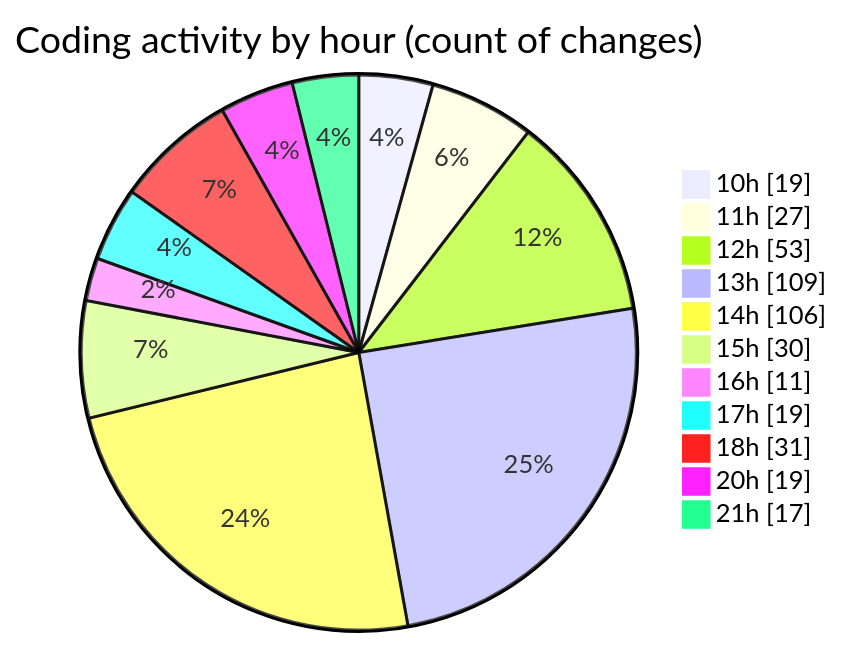
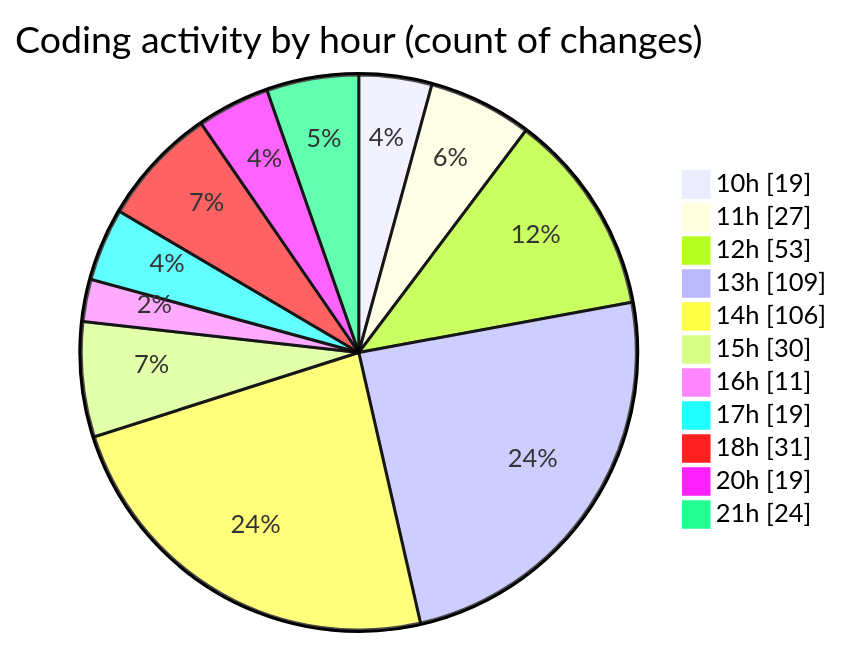
Before and after one commit to momahboobian/code-tracking: the second of 2 diagrams in 2025-03-18/cda/README.md, drawn with Mermaid. The commit also changed other lines of this file and 1 other file, not shown here.

````diff
--- a/2025-03-18/cda/README.md
+++ b/2025-03-18/cda/README.md
@@ -44,15 +44,15 @@
 ```mermaid
 pie showData
 title Coding activity by hour (count of changes)
 "10h" : 19
 "11h" : 27
 "12h" : 53
 "13h" : 109
 "14h" : 106
 "15h" : 30
 "16h" : 11
 "17h" : 19
 "18h" : 31
 "20h" : 19
-"21h" : 17
+"21h" : 24
 ```
````
